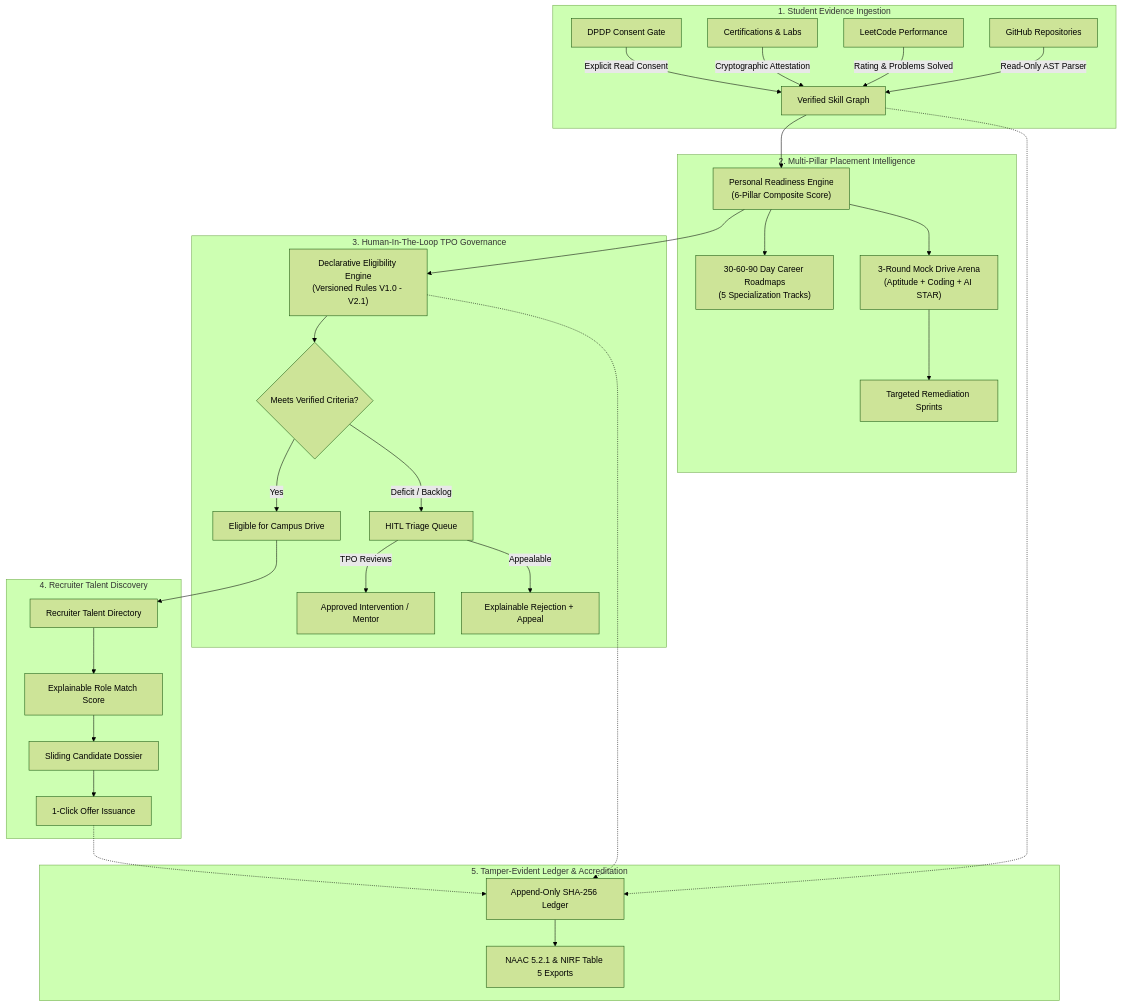
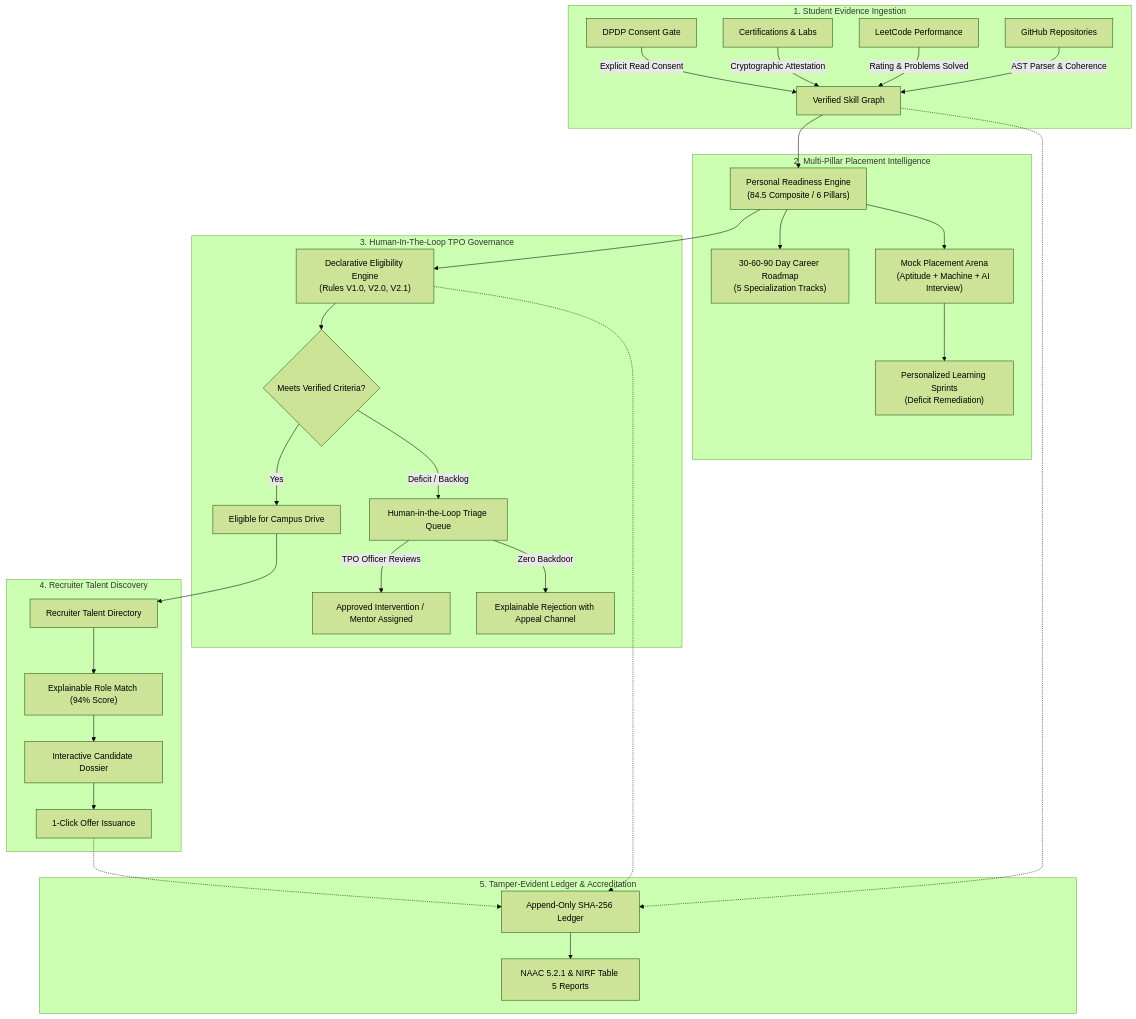
The first of 2 diagrams in README.md (nimeshsurvegg-lgtm/agentic-placement-intelligence), drawn with Mermaid (forest theme) before and after one commit. The commit also changed other lines of this file, not shown here.

````diff
--- a/README.md
+++ b/README.md
@@ -157,77 +291,77 @@
 ```mermaid
 
 flowchart TD
 
     subgraph Student["1. Student Evidence Ingestion"]
 
-        A["GitHub Repositories"] -->|"Read-Only AST Parser"| D["Verified Skill Graph"]
+        A["GitHub Repositories"] -->|"AST Parser & Coherence"| D["Verified Skill Graph"]
 
         B["LeetCode Performance"] -->|"Rating & Problems Solved"| D
 
         C["Certifications & Labs"] -->|"Cryptographic Attestation"| D
 
         P["DPDP Consent Gate"] -->|"Explicit Read Consent"| D
 
     end
 
 
 
     subgraph Intelligence["2. Multi-Pillar Placement Intelligence"]
 
-        D --> E["Personal Readiness Engine\n(6-Pillar Composite Score)"]
+        D --> E["Personal Readiness Engine\n(84.5 Composite / 6 Pillars)"]
 
-        E --> F["30-60-90 Day Career Roadmaps\n(5 Specialization Tracks)"]
+        E --> F["30-60-90 Day Career Roadmap\n(5 Specialization Tracks)"]
 
-        E --> G["3-Round Mock Drive Arena\n(Aptitude + Coding + AI STAR)"]
+        E --> G["Mock Placement Arena\n(Aptitude + Machine + AI Interview)"]
 
-        G --> H["Targeted Remediation Sprints"]
+        G --> H["Personalized Learning Sprints\n(Deficit Remediation)"]
 
     end
 
 
 
     subgraph Governance["3. Human-In-The-Loop TPO Governance"]
 
-        E --> I["Declarative Eligibility Engine\n(Versioned Rules V1.0 - V2.1)"]
+        E --> I["Declarative Eligibility Engine\n(Rules V1.0, V2.0, V2.1)"]
 
         I --> J{"Meets Verified Criteria?"}
 
         J -->|"Yes"| K["Eligible for Campus Drive"]
 
-        J -->|"Deficit / Backlog"| L["HITL Triage Queue"]
+        J -->|"Deficit / Backlog"| L["Human-in-the-Loop Triage Queue"]
 
-        L -->|"TPO Reviews"| M["Approved Intervention / Mentor"]
+        L -->|"TPO Officer Reviews"| M["Approved Intervention / Mentor Assigned"]
 
-        L -->|"Appealable"| N["Explainable Rejection + Appeal"]
+        L -->|"Zero Backdoor"| N["Explainable Rejection with Appeal Channel"]
 
     end
 
 
 
     subgraph Recruiter["4. Recruiter Talent Discovery"]
 
         K --> O["Recruiter Talent Directory"]
 
-        O --> Q["Explainable Role Match Score"]
+        O --> Q["Explainable Role Match (94% Score)"]
 
-        Q --> R["Sliding Candidate Dossier"]
+        Q --> R["Interactive Candidate Dossier"]
 
         R --> S["1-Click Offer Issuance"]
 
     end
 
 
 
     subgraph Ledger["5. Tamper-Evident Ledger & Accreditation"]
 
         D -.-> T["Append-Only SHA-256 Ledger"]
 
         I -.-> T
 
         S -.-> T
 
-        T --> U["NAAC 5.2.1 & NIRF Table 5 Exports"]
+        T --> U["NAAC 5.2.1 & NIRF Table 5 Reports"]
 
     end
 
 ```
````
